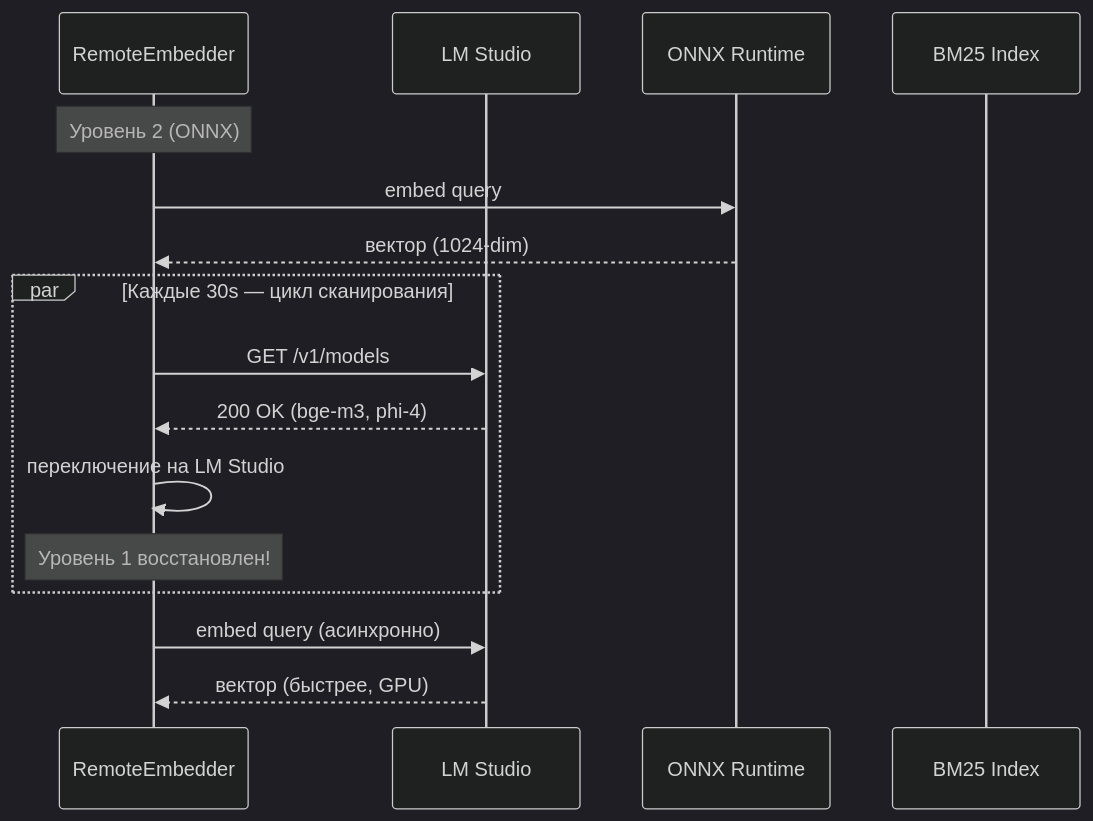
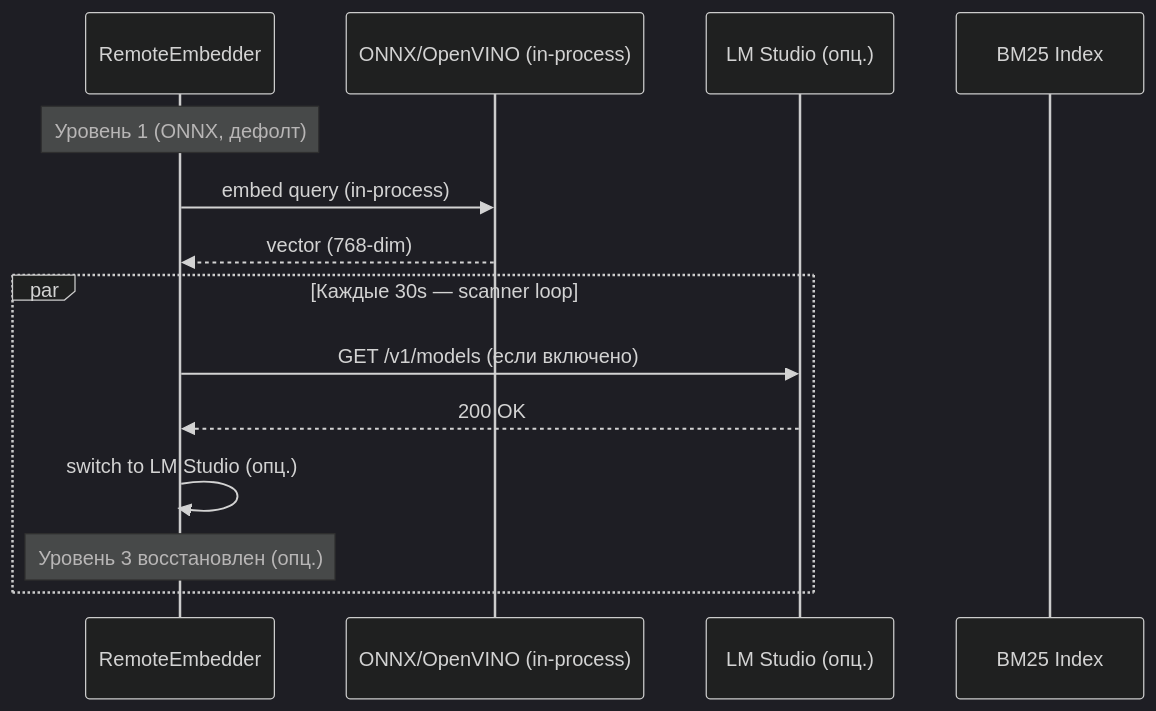
One commit to ManSio/mscodebase-intelligence changed the fourth of 4 diagrams in docs/ru/GRACEFUL_DEGRADATION.md. Above: the diagram before and after it, drawn with Mermaid (dark theme). The commit also changed other lines of this file and 50 other files, not shown here.

````diff
--- a/docs/ru/GRACEFUL_DEGRADATION.md
+++ b/docs/ru/GRACEFUL_DEGRADATION.md
@@ -158,21 +222,18 @@
 ```mermaid
 sequenceDiagram
     participant EM as RemoteEmbedder
-    participant LM as LM Studio
-    participant ONNX as ONNX Runtime
+    participant ONNX as ONNX/OpenVINO (in-process)
+    participant LM as LM Studio (опц.)
     participant BM25 as BM25 Index
-    
-    Note over EM: Уровень 2 (ONNX)
-    EM->>ONNX: embed query
-    ONNX-->>EM: вектор (1024-dim)
-    
-    par Каждые 30s — цикл сканирования
-        EM->>LM: GET /v1/models
-        LM-->>EM: 200 OK (bge-m3, phi-4)
-        EM->>EM: переключение на LM Studio
-        Note over EM: Уровень 1 восстановлен!
+
+    Note over EM: Уровень 1 (ONNX, дефолт)
+    EM->>ONNX: embed query (in-process)
+    ONNX-->>EM: vector (768-dim)
+
+    par Каждые 30s — scanner loop
+        EM->>LM: GET /v1/models (если включено)
+        LM-->>EM: 200 OK
+        EM->>EM: switch to LM Studio (опц.)
+        Note over EM: Уровень 3 восстановлен (опц.)
     end
-    
-    EM->>LM: embed query (асинхронно)
-    LM-->>EM: вектор (быстрее, GPU)
 ```
````
